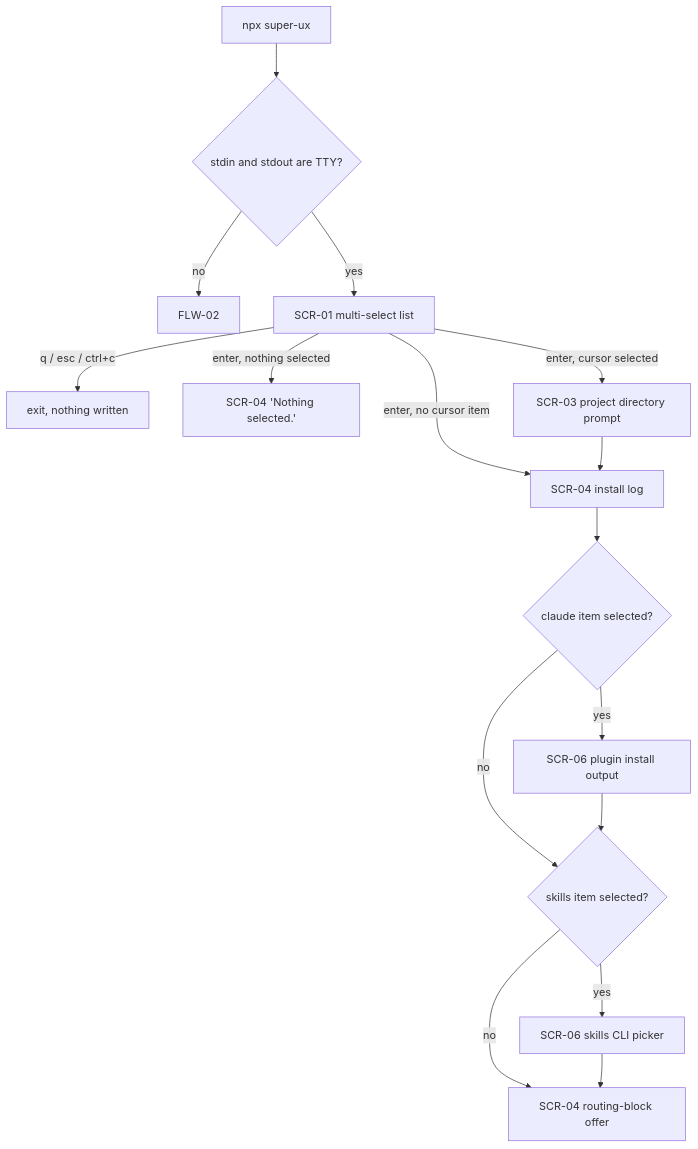
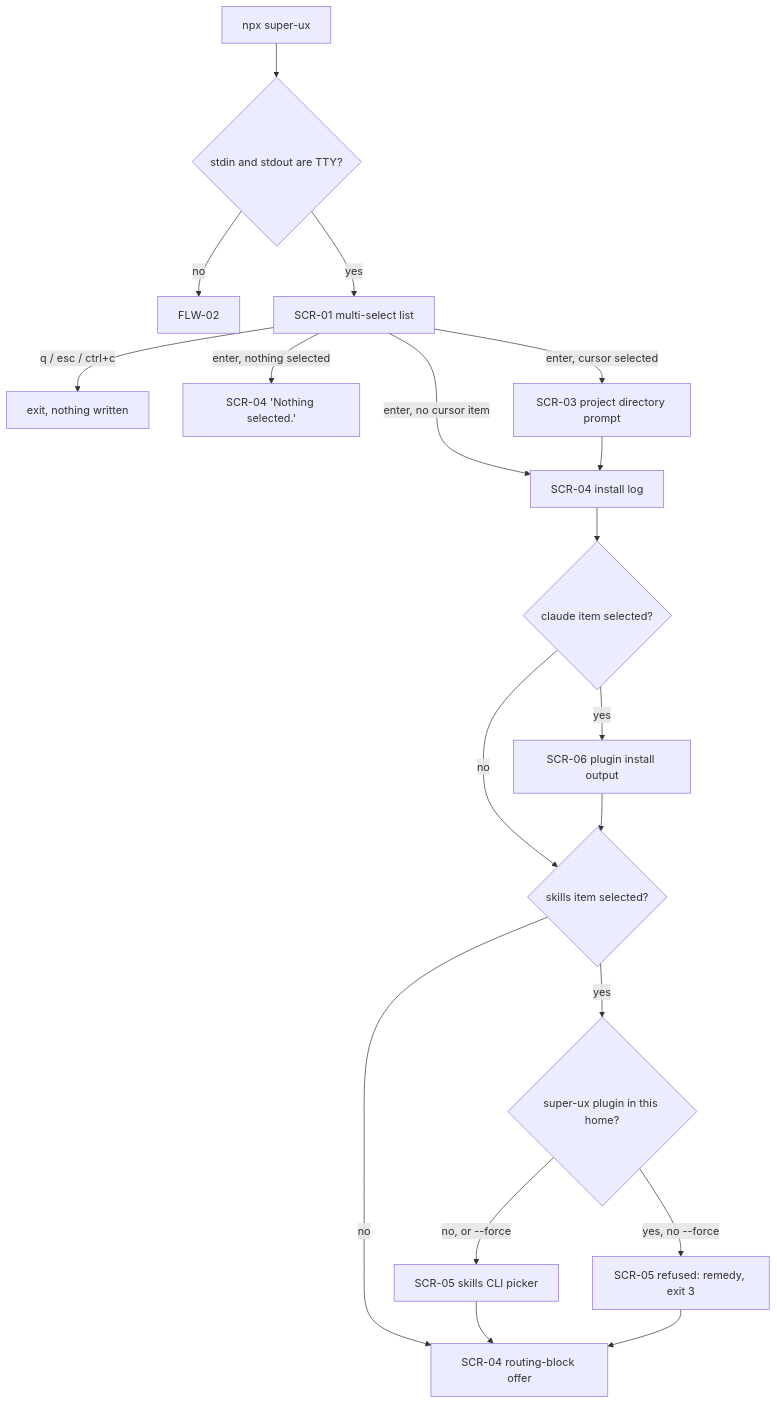
The first of 4 diagrams in docs/ux/flows.md (ssheleg/super-ux), drawn with Mermaid before and after one commit. The commit also changed other lines of this file and 10 other files, not shown here.

````diff
--- a/docs/ux/flows.md
+++ b/docs/ux/flows.md
@@ -37,18 +37,21 @@
 ```mermaid
 flowchart TD
     A[npx super-ux] --> B{stdin and stdout are TTY?}
     B -- no --> F02[FLW-02]
     B -- yes --> M[SCR-01 multi-select list]
     M -- q / esc / ctrl+c --> Q[exit, nothing written]
     M -- enter, nothing selected --> N["SCR-04 'Nothing selected.'"]
     M -- enter, cursor selected --> D[SCR-03 project directory prompt]
     M -- enter, no cursor item --> R
     D --> R[SCR-04 install log]
     R --> C{claude item selected?}
     C -- yes --> P[SCR-06 plugin install output]
     C -- no --> S
     P --> S{skills item selected?}
-    S -- yes --> K[SCR-06 skills CLI picker]
+    S -- yes --> G{super-ux plugin in this home?}
     S -- no --> O
+    G -- "no, or --force" --> K[SCR-05 skills CLI picker]
+    G -- "yes, no --force" --> RF["SCR-05 refused: remedy, exit 3"]
     K --> O[SCR-04 routing-block offer]
+    RF --> O
 ```
````
